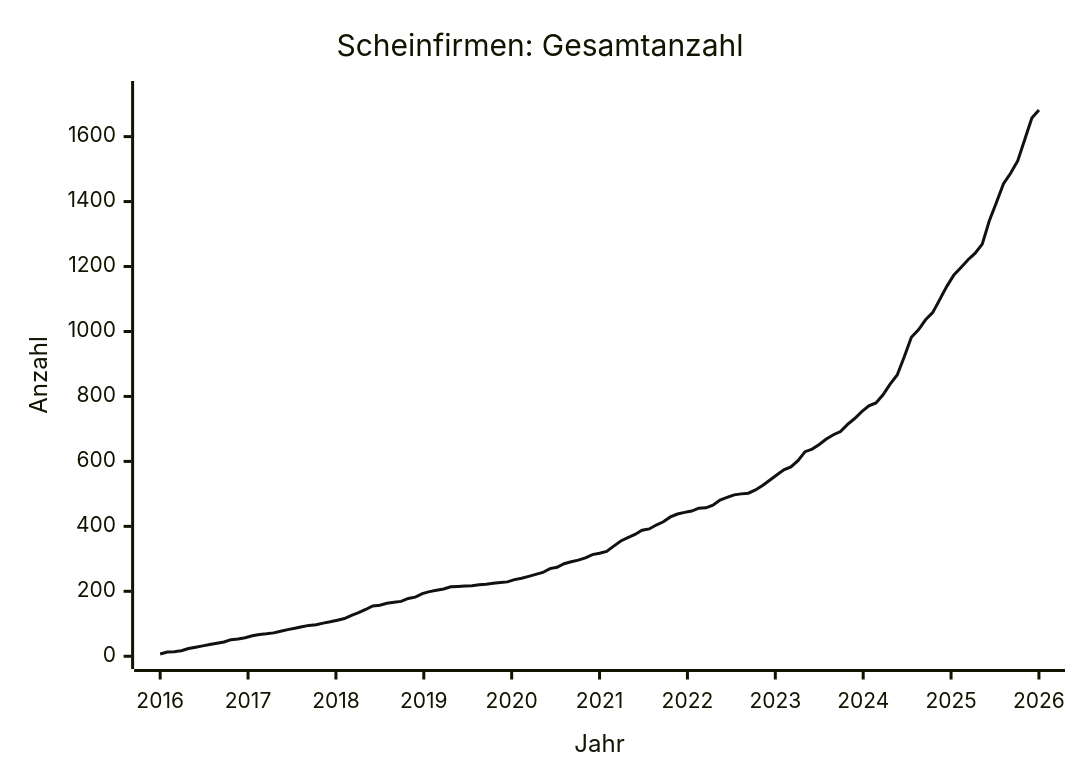
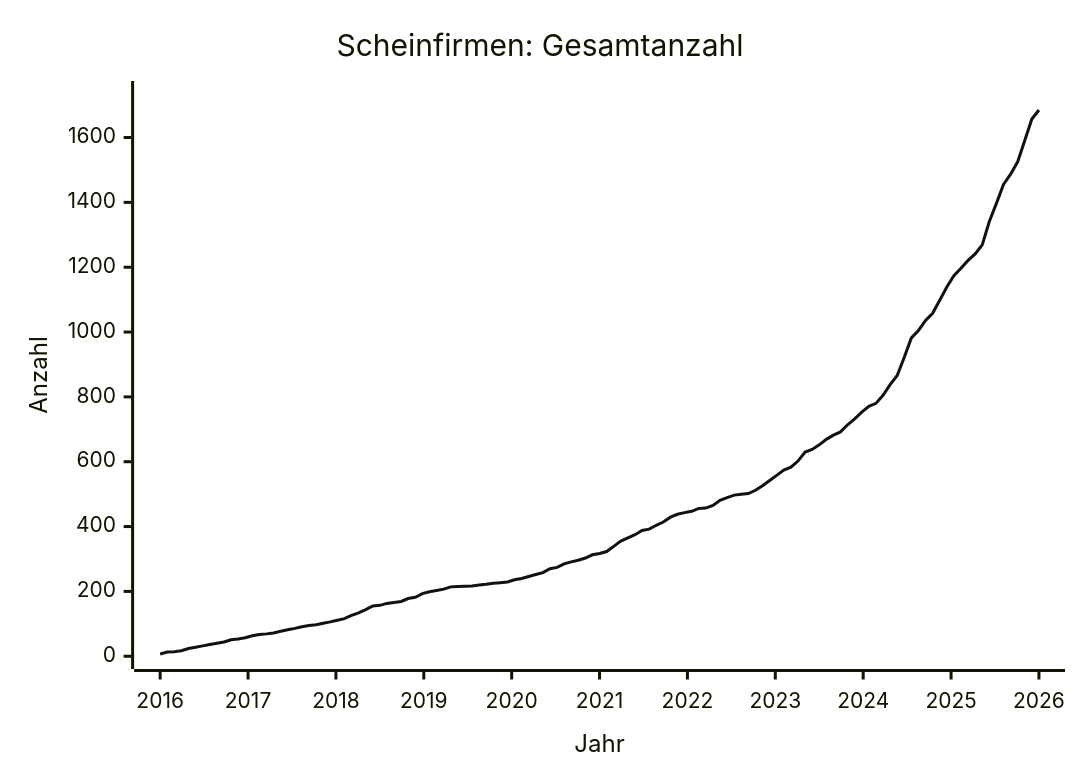
One commit to arjoma/scheinfirmen-at changed the diagram in data/STATS.md. Above: the diagram before and after it, drawn with Mermaid. The commit also changed other lines of this file and 3 other files, not shown here.

````diff
--- a/data/STATS.md
+++ b/data/STATS.md
@@ -9,13 +9,13 @@
 ```mermaid
 ---
 config:
   themeVariables:
     xyChart:
       plotColorPalette: "#111111"
 ---
 xychart-beta
     title "Scheinfirmen: Gesamtanzahl"
     x-axis "Jahr" 2016 --> 2026
-    y-axis "Anzahl" 0 --> 1732
-    line [7, 13, 14, 17, 24, 28, 32, 36, 40, 44, 51, 53, 57, 63, 67, 69, 72, 77, 82, 86, 91, 95, 97, 102, 106, 111, 116, 126, 134, 144, 155, 157, 163, 166, 169, 178, 182, 193, 199, 203, 207, 214, 215, 216, 217, 220, 222, 225, 227, 229, 236, 240, 246, 252, 258, 270, 274, 285, 291, 296, 303, 313, 317, 323, 339, 355, 365, 375, 388, 392, 404, 414, 429, 438, 443, 447, 456, 457, 465, 481, 489, 497, 500, 502, 512, 526, 542, 558, 574, 583, 602, 630, 638, 652, 669, 682, 692, 714, 732, 753, 771, 780, 805, 838, 866, 922, 982, 1005, 1036, 1058, 1098, 1139, 1174, 1197, 1221, 1241, 1269, 1341, 1397, 1455, 1487, 1525, 1591, 1657, 1682]
+    y-axis "Anzahl" 0 --> 1735
+    line [7, 13, 14, 17, 24, 28, 32, 36, 40, 44, 51, 53, 57, 63, 67, 69, 72, 77, 82, 86, 91, 95, 97, 102, 106, 111, 116, 126, 134, 144, 155, 157, 163, 166, 169, 178, 182, 193, 199, 203, 207, 214, 215, 216, 217, 220, 222, 225, 227, 229, 236, 240, 246, 252, 258, 270, 274, 285, 291, 296, 303, 313, 317, 323, 339, 355, 365, 375, 388, 392, 404, 414, 429, 438, 443, 447, 456, 457, 465, 481, 489, 497, 500, 502, 512, 526, 542, 558, 574, 583, 602, 630, 638, 652, 669, 682, 692, 714, 732, 753, 771, 780, 805, 838, 866, 922, 982, 1005, 1036, 1058, 1098, 1139, 1174, 1197, 1221, 1241, 1269, 1341, 1397, 1455, 1487, 1525, 1591, 1657, 1685]
 ```
````
